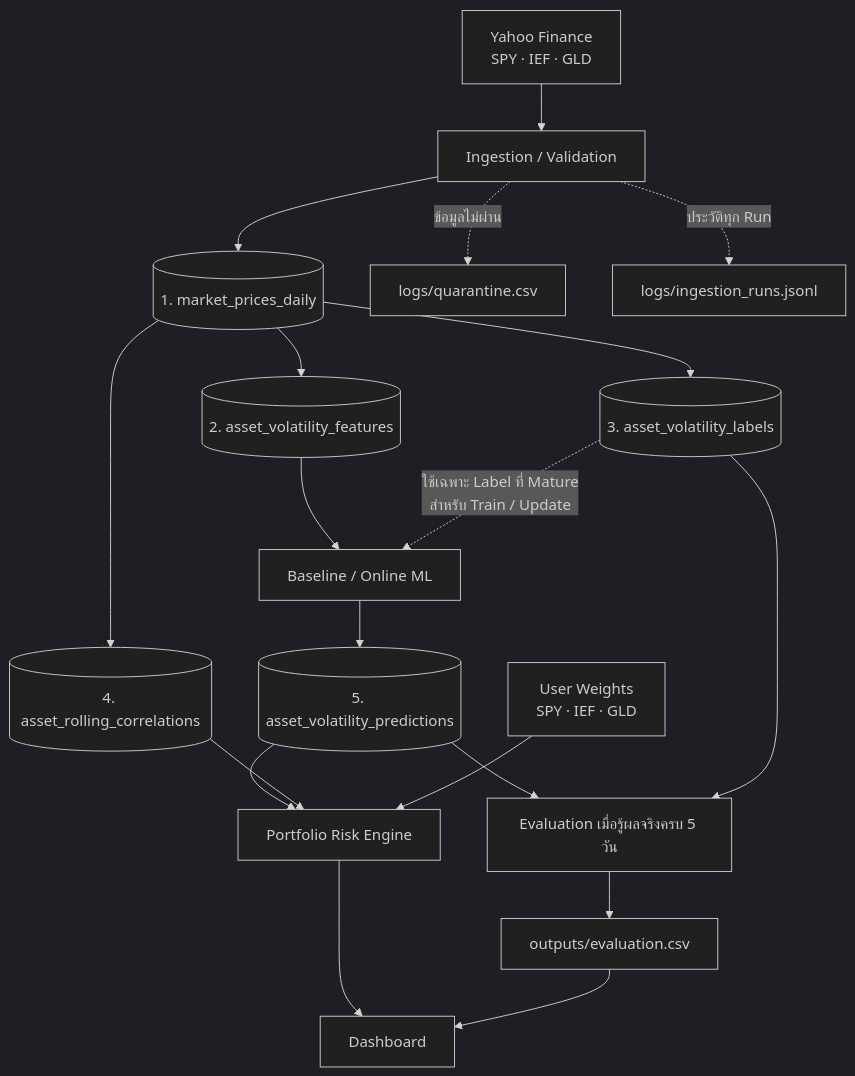
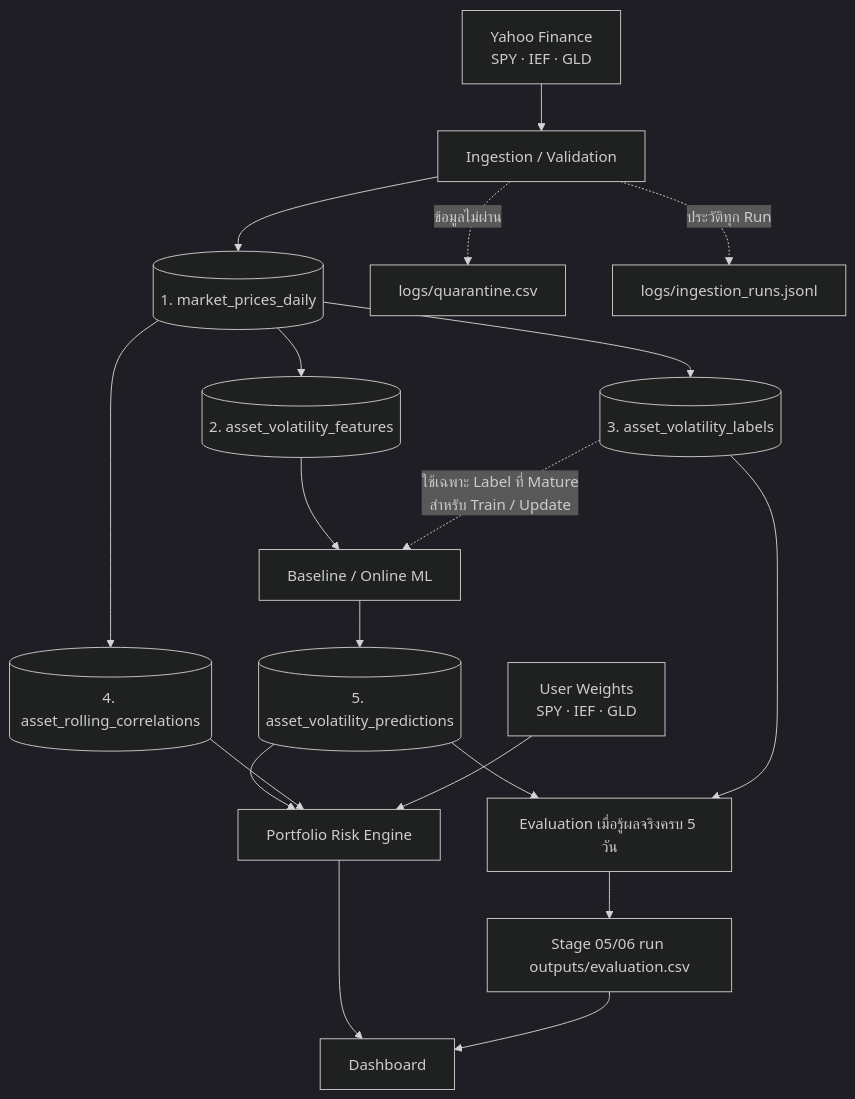
Before and after one commit to 01aptx01/datasci-and-dataen-project: the diagram in docs/contract/README.md, drawn with Mermaid (dark theme). The commit also changed other lines of this file and 24 other files, not shown here.

````diff
--- a/docs/contract/README.md
+++ b/docs/contract/README.md
@@ -52,25 +54,25 @@
 ```mermaid
 flowchart TD
     A["Yahoo Finance<br/>SPY · IEF · GLD"] --> B["Ingestion / Validation"]
     B --> C[("1. market_prices_daily")]
     B -. "ข้อมูลไม่ผ่าน" .-> Q["logs/quarantine.csv"]
     B -. "ประวัติทุก Run" .-> U["logs/ingestion_runs.jsonl"]
 
     C --> D[("2. asset_volatility_features")]
     C --> E[("3. asset_volatility_labels")]
     C --> F[("4. asset_rolling_correlations")]
 
     D --> G["Baseline / Online ML"]
     E -. "ใช้เฉพาะ Label ที่ Mature<br/>สำหรับ Train / Update" .-> G
     G --> H[("5. asset_volatility_predictions")]
 
     H --> I["Portfolio Risk Engine"]
     F --> I
     W["User Weights<br/>SPY · IEF · GLD"] --> I
     I --> J["Dashboard"]
 
     H --> K["Evaluation เมื่อรู้ผลจริงครบ 5 วัน"]
     E --> K
-    K --> L["outputs/evaluation.csv"]
+    K --> L["Stage 05/06 run outputs/evaluation.csv"]
     L --> J
 ```
````
